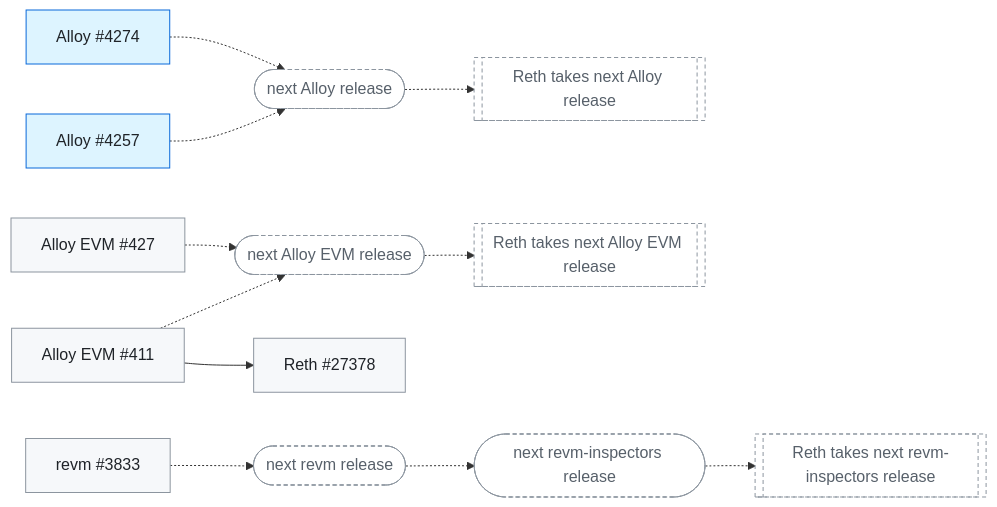
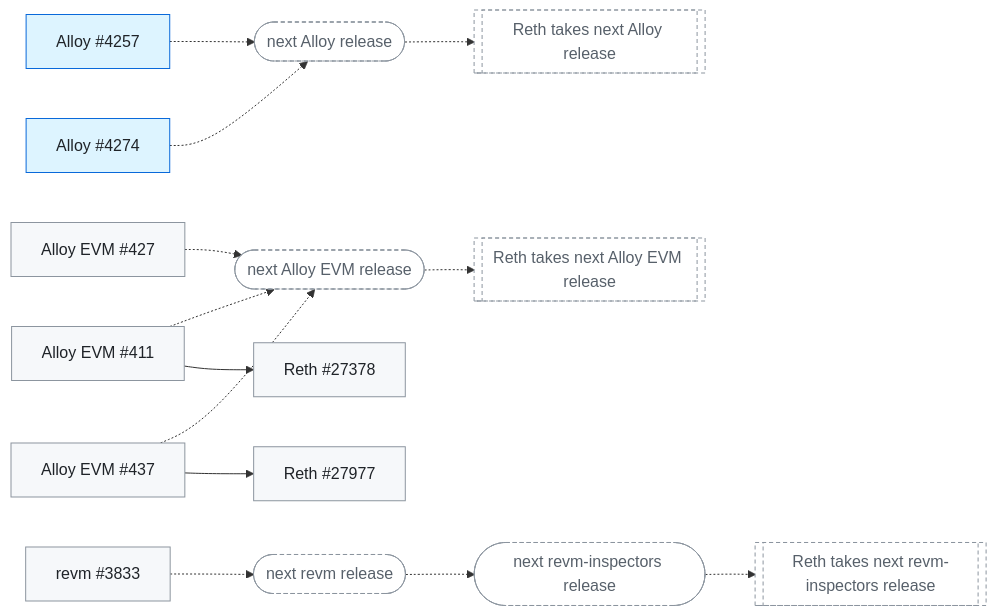
Before and after one commit to banteg/trace-interop: the diagram in docs/client-fixes.md, drawn with Mermaid. The commit also changed other lines of this file and 9 other files, not shown here.

Commit message:
docs(fixes): track reth#27977 and alloy-evm#437 for priced call charging

````diff
--- a/docs/client-fixes.md
+++ b/docs/client-fixes.md
@@ -148,29 +148,33 @@
 ```mermaid
 flowchart LR
   Alloy_4257["Alloy #4257"]:::merged
   next_Alloy_release(["next Alloy release"]):::pending
   Reth_takes_next_Alloy_release[["Reth takes next Alloy release"]]:::pending
   Alloy_4274["Alloy #4274"]:::merged
   Alloy_EVM_411["Alloy EVM #411"]:::open
   next_Alloy_EVM_release(["next Alloy EVM release"]):::pending
   Reth_takes_next_Alloy_EVM_release[["Reth takes next Alloy EVM release"]]:::pending
   Alloy_EVM_427["Alloy EVM #427"]:::open
+  Alloy_EVM_437["Alloy EVM #437"]:::open
   Reth_27378["Reth #27378"]:::open
+  Reth_27977["Reth #27977"]:::open
   revm_3833["revm #3833"]:::open
   next_revm_release(["next revm release"]):::pending
   next_revm_inspectors_release(["next revm-inspectors release"]):::pending
   Reth_takes_next_revm_inspectors_release[["Reth takes next revm-inspectors release"]]:::pending
   Alloy_4257 -.-> next_Alloy_release
   next_Alloy_release -.-> Reth_takes_next_Alloy_release
   Alloy_4274 -.-> next_Alloy_release
   Alloy_EVM_411 -.-> next_Alloy_EVM_release
   next_Alloy_EVM_release -.-> Reth_takes_next_Alloy_EVM_release
   Alloy_EVM_427 -.-> next_Alloy_EVM_release
+  Alloy_EVM_437 -.-> next_Alloy_EVM_release
   Alloy_EVM_411 --> Reth_27378
+  Alloy_EVM_437 --> Reth_27977
   revm_3833 -.-> next_revm_release
   next_revm_release -.-> next_revm_inspectors_release
   next_revm_inspectors_release -.-> Reth_takes_next_revm_inspectors_release
   classDef open fill:#f6f8fa,stroke:#8c959f,color:#1f2328
   classDef merged fill:#ddf4ff,stroke:#0969da,color:#1f2328
   classDef pending fill:#ffffff,stroke:#8c959f,stroke-dasharray:4 3,color:#57606a
 ```
````
